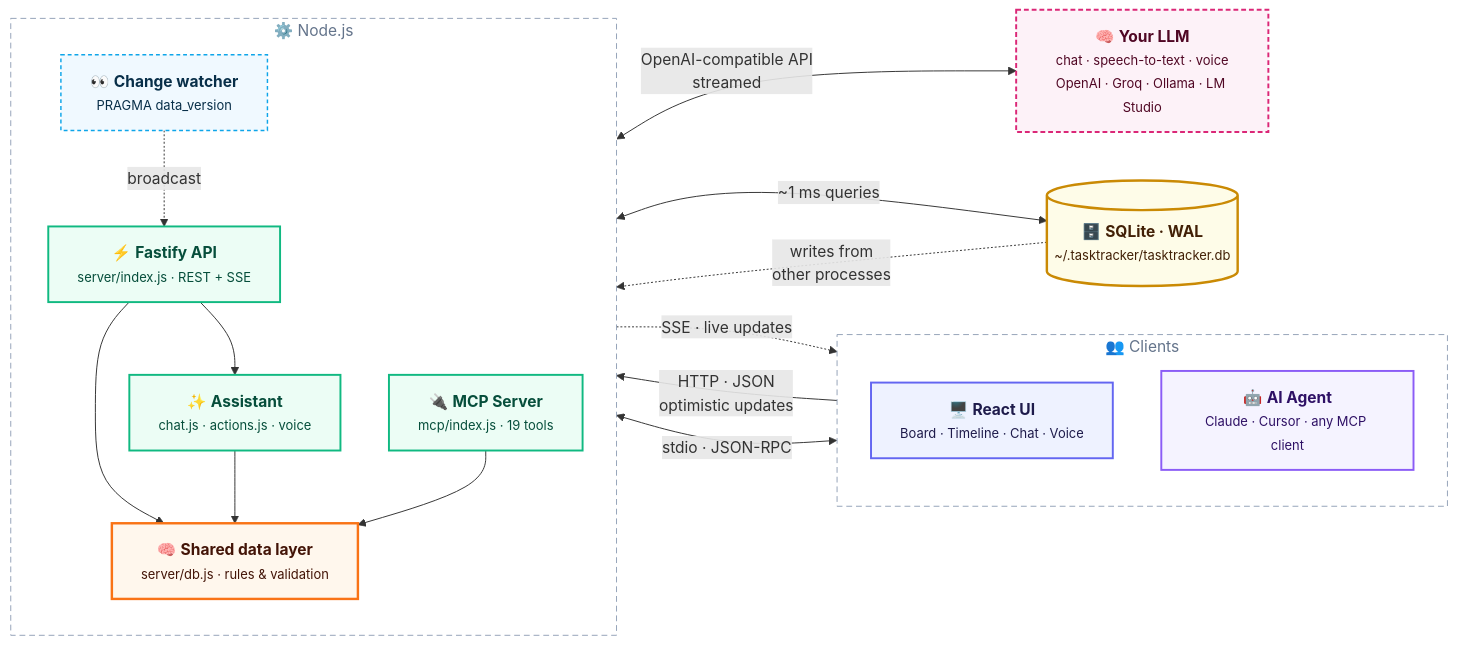
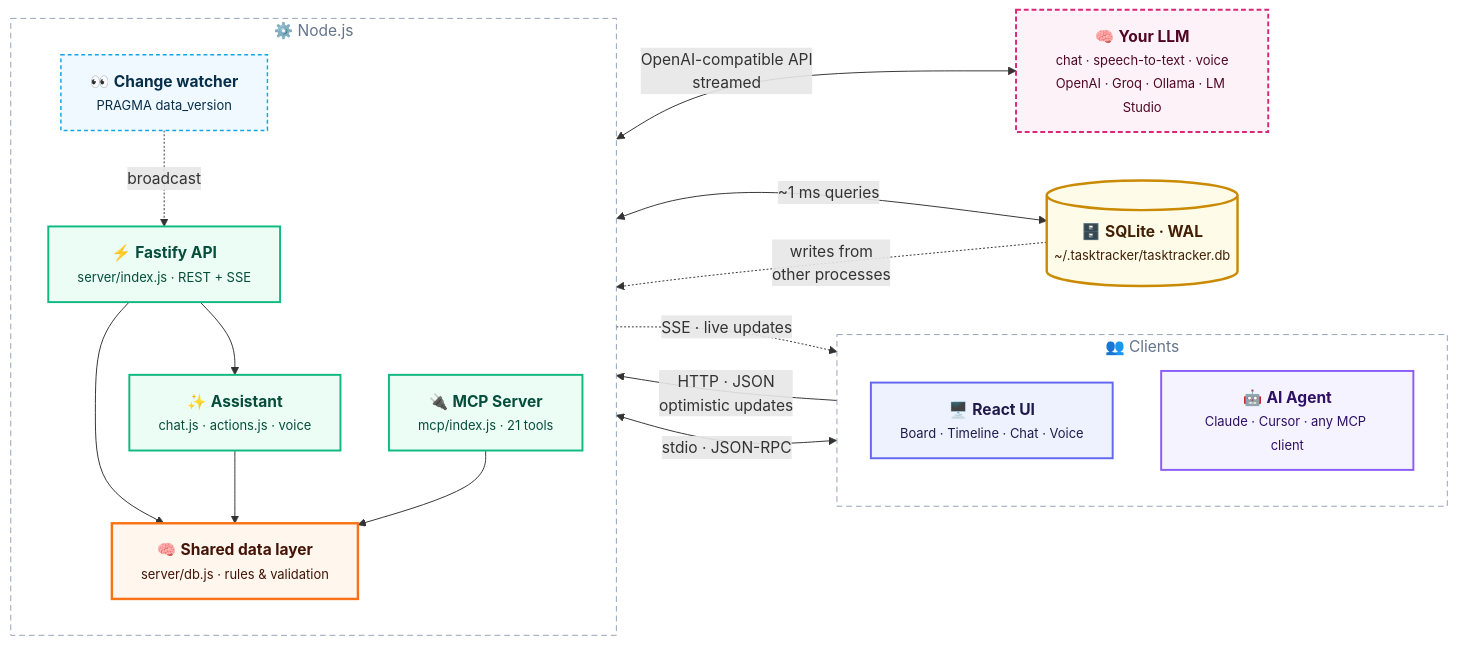
Before and after one commit to Parv17k/tasktracker: the first of 4 diagrams in README.md, drawn with Mermaid. The commit also changed other lines of this file and 13 other files, not shown here.

````diff
--- a/README.md
+++ b/README.md
@@ -345,51 +357,51 @@
 ```mermaid
 flowchart LR
     subgraph clients["&nbsp;👥 Clients&nbsp;"]
         direction TB
         UI["🖥️ <b>React UI</b><br/><small>Board · Timeline · Chat · Voice</small>"]
         AGENT["🤖 <b>AI Agent</b><br/><small>Claude · Cursor · any MCP client</small>"]
     end
 
     subgraph node["&nbsp;⚙️ Node.js&nbsp;"]
         direction TB
         API["⚡ <b>Fastify API</b><br/><small>server/index.js · REST + SSE</small>"]
         CHAT["✨ <b>Assistant</b><br/><small>chat.js · actions.js · voice</small>"]
-        MCP["🔌 <b>MCP Server</b><br/><small>mcp/index.js · 19 tools</small>"]
+        MCP["🔌 <b>MCP Server</b><br/><small>mcp/index.js · 21 tools</small>"]
         CORE["🧠 <b>Shared data layer</b><br/><small>server/db.js · rules &amp; validation</small>"]
         WATCH["👀 <b>Change watcher</b><br/><small>PRAGMA data_version</small>"]
     end
 
     DB[("🗄️ <b>SQLite · WAL</b><br/><small>~/.tasktracker/tasktracker.db</small>")]
     LLM["🧠 <b>Your LLM</b><br/><small>chat · speech-to-text · voice<br/>OpenAI · Groq · Ollama · LM Studio</small>"]
 
     UI -->|"HTTP · JSON<br/>optimistic updates"| API
     API -.->|"SSE · live updates"| UI
     AGENT <-->|"stdio · JSON-RPC"| MCP
     API --> CORE
     API --> CHAT
     CHAT --> CORE
     CHAT <-->|"OpenAI-compatible API<br/>streamed"| LLM
     MCP --> CORE
     CORE <-->|"~1 ms queries"| DB
     DB -.->|"writes from<br/>other processes"| WATCH
     WATCH -.->|"broadcast"| API
 
     classDef client fill:#eef2ff,stroke:#6366f1,stroke-width:2px,color:#1e1b4b
     classDef agent fill:#f5f3ff,stroke:#8b5cf6,stroke-width:2px,color:#2e1065
     classDef server fill:#ecfdf5,stroke:#10b981,stroke-width:2px,color:#064e3b
     classDef core fill:#fff7ed,stroke:#f97316,stroke-width:2.5px,color:#431407
     classDef watch fill:#f0f9ff,stroke:#0ea5e9,stroke-width:1.5px,stroke-dasharray:4 3,color:#082f49
     classDef db fill:#fefce8,stroke:#ca8a04,stroke-width:2.5px,color:#422006
     classDef llm fill:#fdf2f8,stroke:#db2777,stroke-width:2px,stroke-dasharray:5 3,color:#500724
 
     class UI client
     class AGENT agent
     class API,MCP,CHAT server
     class CORE core
     class WATCH watch
     class DB db
     class LLM llm
 
     style clients fill:transparent,stroke:#94a3b8,stroke-width:1px,stroke-dasharray:6 4,color:#64748b
     style node fill:transparent,stroke:#94a3b8,stroke-width:1px,stroke-dasharray:6 4,color:#64748b
 ```
````
